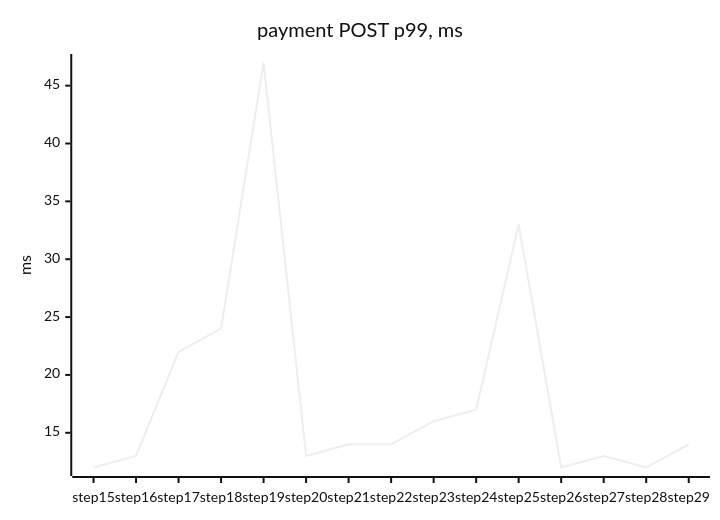
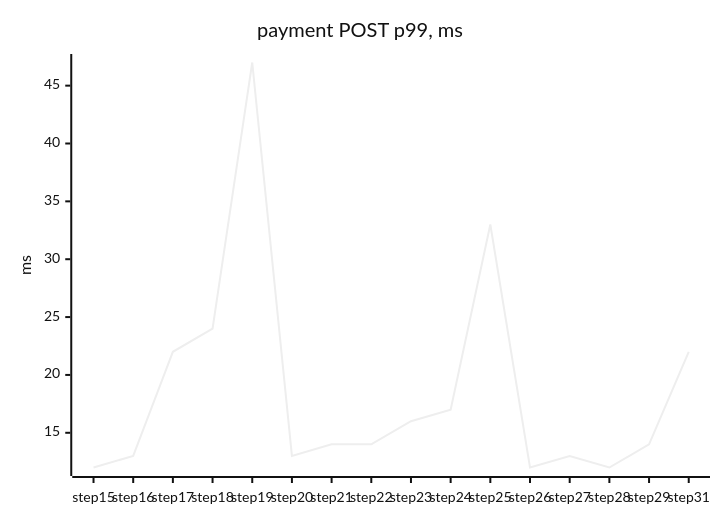
Before and after one commit to tanvoid0/ledgerflow: the third of 4 diagrams in docs/perf/README.md, drawn with Mermaid (neutral theme). The commit also changed other lines of this file and 6 other files, not shown here.

````diff
--- a/docs/perf/README.md
+++ b/docs/perf/README.md
@@ -116,7 +120,7 @@
 ```mermaid
 xychart-beta
     title "payment POST p99, ms"
-    x-axis ["step15", "step16", "step17", "step18", "step19", "step20", "step21", "step22", "step23", "step24", "step25", "step26", "step27", "step28", "step29"]
+    x-axis ["step15", "step16", "step17", "step18", "step19", "step20", "step21", "step22", "step23", "step24", "step25", "step26", "step27", "step28", "step29", "step31"]
     y-axis "ms"
-    line [12, 13, 22, 24, 47, 13, 14, 14, 16, 17, 33, 12, 13, 12, 14]
+    line [12, 13, 22, 24, 47, 13, 14, 14, 16, 17, 33, 12, 13, 12, 14, 22]
 ```
````
